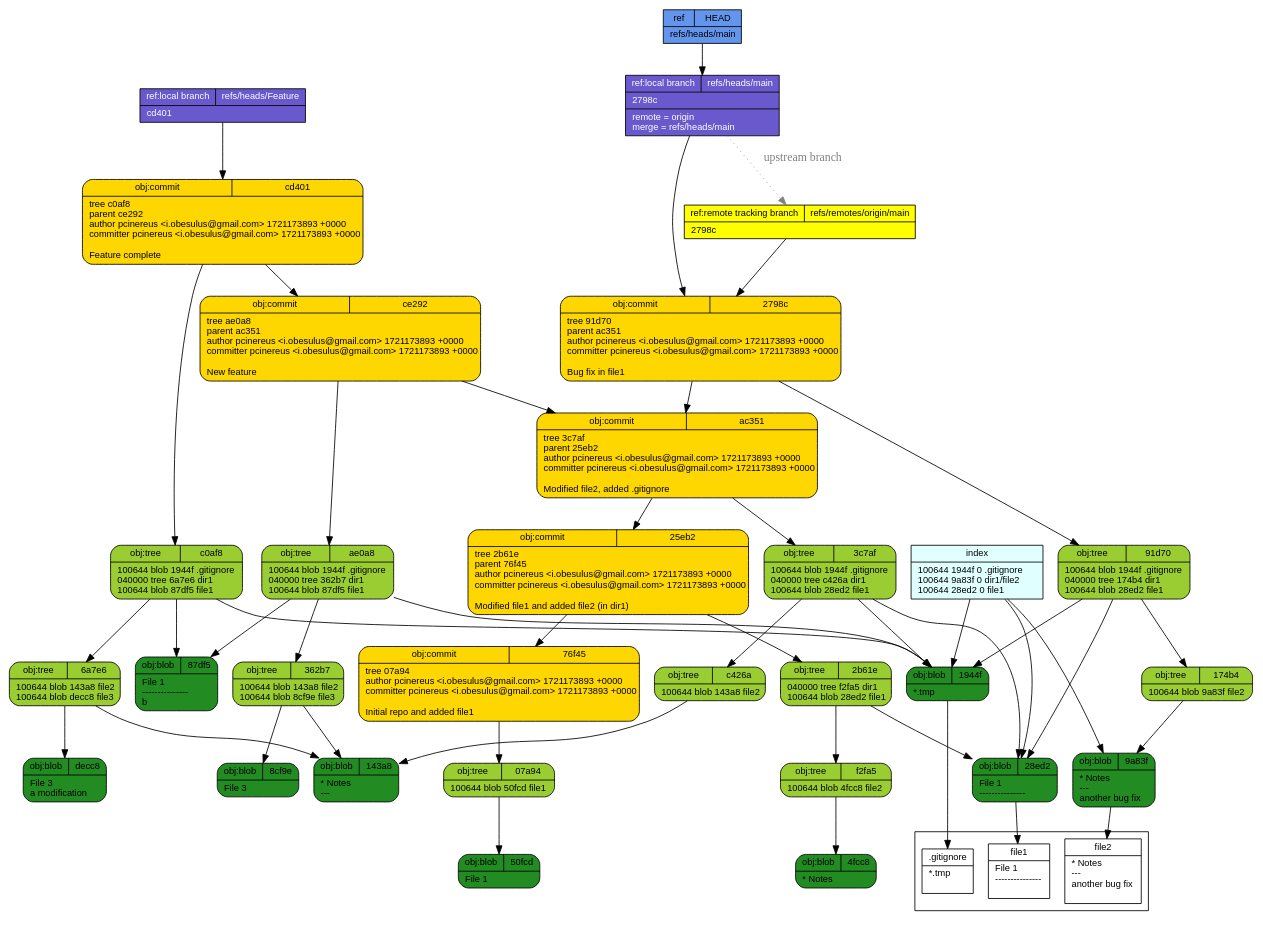
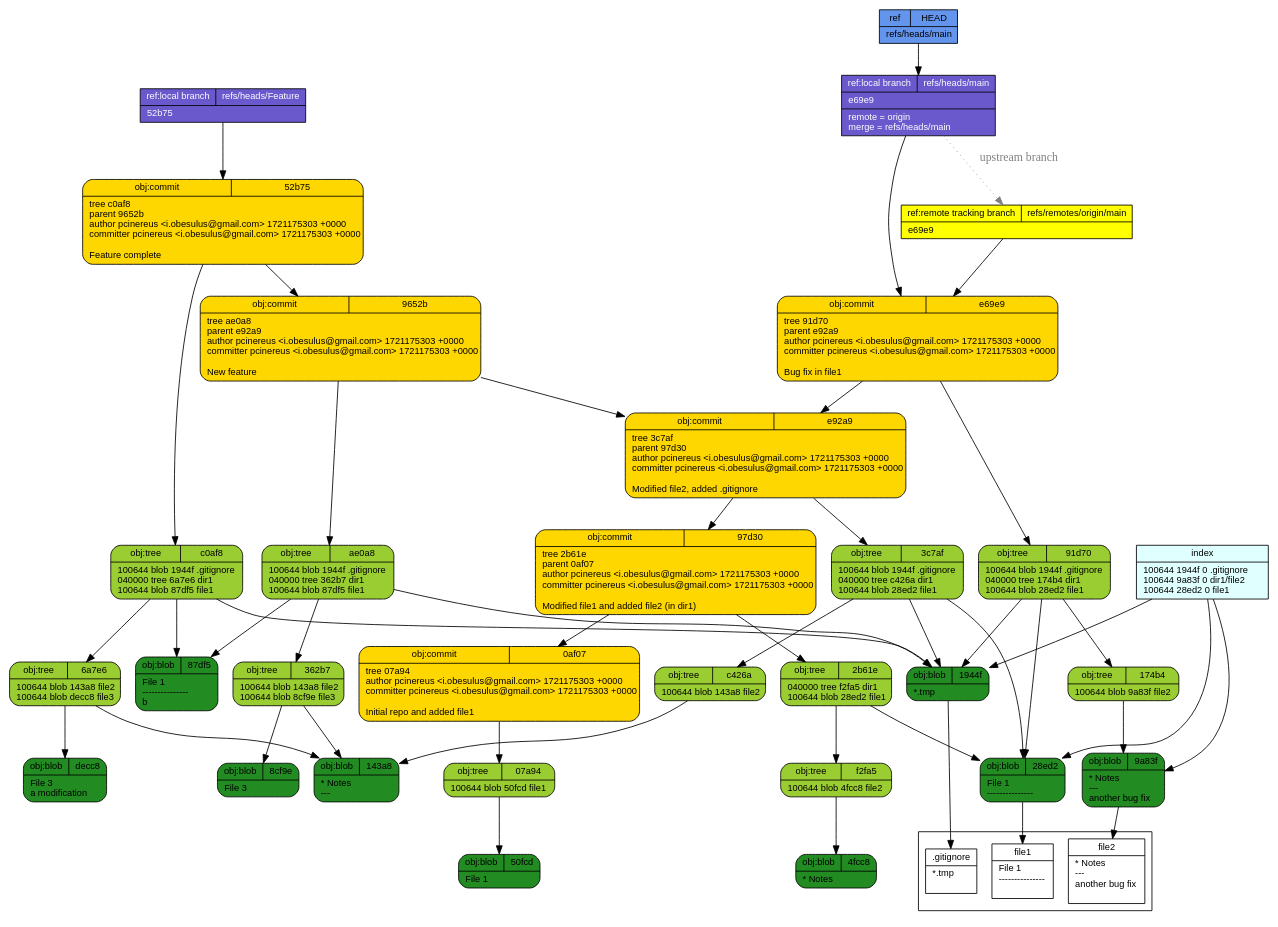
The diagram in tut/git-draw.dot (pcinereus/SUYRs_documents), drawn with Graphviz before and after one commit. The commit also changed 642 other files, not shown here.

```diff
--- a/tut/git-draw.dot
+++ b/tut/git-draw.dot
@@ -1,57 +1,57 @@
 digraph structs {
   node [shape=record,fontsize=11,fontname="arial"];
   rankdir="TB";
   _f2fa5 [fillcolor="yellowgreen", style="filled,rounded", label="{{obj:tree|f2fa5}|100644\ blob\ 4fcc8\	file2\l}"]  _f2fa5 -> _4fcc8
+  _9652b [fillcolor="gold", style="filled,rounded", label="{{obj:commit|9652b}|tree\ ae0a8\lparent\ e92a9\lauthor\ pcinereus\ \<i\.obesulus\@gmail\.com\>\ 1721175303\ \+0000\lcommitter\ pcinereus\ \<i\.obesulus\@gmail\.com\>\ 1721175303\ \+0000\l\lNew\ feature\l}"]  _9652b -> _ae0a8
+  _9652b -> _e92a9
+  _0af07 [fillcolor="gold", style="filled,rounded", label="{{obj:commit|0af07}|tree\ 07a94\lauthor\ pcinereus\ \<i\.obesulus\@gmail\.com\>\ 1721175303\ \+0000\lcommitter\ pcinereus\ \<i\.obesulus\@gmail\.com\>\ 1721175303\ \+0000\l\lInitial\ repo\ and\ added\ file1\l}"]  _0af07 -> _07a94
   _07a94 [fillcolor="yellowgreen", style="filled,rounded", label="{{obj:tree|07a94}|100644\ blob\ 50fcd\	file1\l}"]  _07a94 -> _50fcd
   _143a8 [fillcolor="forestgreen", style="filled,rounded", label="{{obj:blob|143a8}|\*\ Notes\l\-\-\-\l}"]  _c0af8 [fillcolor="yellowgreen", style="filled,rounded", label="{{obj:tree|c0af8}|100644\ blob\ 1944f\	\.gitignore\l040000\ tree\ 6a7e6\	dir1\l100644\ blob\ 87df5\	file1\l}"]  _c0af8 -> _1944f
   _c0af8 -> _6a7e6
   _c0af8 -> _87df5
-  _4fcc8 [fillcolor="forestgreen", style="filled,rounded", label="{{obj:blob|4fcc8}|\*\ Notes\l}"]  _c426a [fillcolor="yellowgreen", style="filled,rounded", label="{{obj:tree|c426a}|100644\ blob\ 143a8\	file2\l}"]  _c426a -> _143a8
-  _1944f [fillcolor="forestgreen", style="filled,rounded", label="{{obj:blob|1944f}|\*\.tmp\l}"]  _50fcd [fillcolor="forestgreen", style="filled,rounded", label="{{obj:blob|50fcd}|File\ 1\l}"]  _cd401 [fillcolor="gold", style="filled,rounded", label="{{obj:commit|cd401}|tree\ c0af8\lparent\ ce292\lauthor\ pcinereus\ \<i\.obesulus\@gmail\.com\>\ 1721173893\ \+0000\lcommitter\ pcinereus\ \<i\.obesulus\@gmail\.com\>\ 1721173893\ \+0000\l\lFeature\ complete\l}"]  _cd401 -> _c0af8
-  _cd401 -> _ce292
-  _8cf9e [fillcolor="forestgreen", style="filled,rounded", label="{{obj:blob|8cf9e}|File\ 3\l}"]  _76f45 [fillcolor="gold", style="filled,rounded", label="{{obj:commit|76f45}|tree\ 07a94\lauthor\ pcinereus\ \<i\.obesulus\@gmail\.com\>\ 1721173893\ \+0000\lcommitter\ pcinereus\ \<i\.obesulus\@gmail\.com\>\ 1721173893\ \+0000\l\lInitial\ repo\ and\ added\ file1\l}"]  _76f45 -> _07a94
-  _ce292 [fillcolor="gold", style="filled,rounded", label="{{obj:commit|ce292}|tree\ ae0a8\lparent\ ac351\lauthor\ pcinereus\ \<i\.obesulus\@gmail\.com\>\ 1721173893\ \+0000\lcommitter\ pcinereus\ \<i\.obesulus\@gmail\.com\>\ 1721173893\ \+0000\l\lNew\ feature\l}"]  _ce292 -> _ae0a8
-  _ce292 -> _ac351
-  _91d70 [fillcolor="yellowgreen", style="filled,rounded", label="{{obj:tree|91d70}|100644\ blob\ 1944f\	\.gitignore\l040000\ tree\ 174b4\	dir1\l100644\ blob\ 28ed2\	file1\l}"]  _91d70 -> _1944f
+  _4fcc8 [fillcolor="forestgreen", style="filled,rounded", label="{{obj:blob|4fcc8}|\*\ Notes\l}"]  _e69e9 [fillcolor="gold", style="filled,rounded", label="{{obj:commit|e69e9}|tree\ 91d70\lparent\ e92a9\lauthor\ pcinereus\ \<i\.obesulus\@gmail\.com\>\ 1721175303\ \+0000\lcommitter\ pcinereus\ \<i\.obesulus\@gmail\.com\>\ 1721175303\ \+0000\l\lBug\ fix\ in\ file1\l}"]  _e69e9 -> _91d70
+  _e69e9 -> _e92a9
+  _97d30 [fillcolor="gold", style="filled,rounded", label="{{obj:commit|97d30}|tree\ 2b61e\lparent\ 0af07\lauthor\ pcinereus\ \<i\.obesulus\@gmail\.com\>\ 1721175303\ \+0000\lcommitter\ pcinereus\ \<i\.obesulus\@gmail\.com\>\ 1721175303\ \+0000\l\lModified\ file1\ and\ added\ file2\ \(in\ dir1\)\l}"]  _97d30 -> _2b61e
+  _97d30 -> _0af07
+  _c426a [fillcolor="yellowgreen", style="filled,rounded", label="{{obj:tree|c426a}|100644\ blob\ 143a8\	file2\l}"]  _c426a -> _143a8
+  _1944f [fillcolor="forestgreen", style="filled,rounded", label="{{obj:blob|1944f}|\*\.tmp\l}"]  _50fcd [fillcolor="forestgreen", style="filled,rounded", label="{{obj:blob|50fcd}|File\ 1\l}"]  _8cf9e [fillcolor="forestgreen", style="filled,rounded", label="{{obj:blob|8cf9e}|File\ 3\l}"]  _91d70 [fillcolor="yellowgreen", style="filled,rounded", label="{{obj:tree|91d70}|100644\ blob\ 1944f\	\.gitignore\l040000\ tree\ 174b4\	dir1\l100644\ blob\ 28ed2\	file1\l}"]  _91d70 -> _1944f
   _91d70 -> _174b4
   _91d70 -> _28ed2
-  _2798c [fillcolor="gold", style="filled,rounded", label="{{obj:commit|2798c}|tree\ 91d70\lparent\ ac351\lauthor\ pcinereus\ \<i\.obesulus\@gmail\.com\>\ 1721173893\ \+0000\lcommitter\ pcinereus\ \<i\.obesulus\@gmail\.com\>\ 1721173893\ \+0000\l\lBug\ fix\ in\ file1\l}"]  _2798c -> _91d70
-  _2798c -> _ac351
-  _ac351 [fillcolor="gold", style="filled,rounded", label="{{obj:commit|ac351}|tree\ 3c7af\lparent\ 25eb2\lauthor\ pcinereus\ \<i\.obesulus\@gmail\.com\>\ 1721173893\ \+0000\lcommitter\ pcinereus\ \<i\.obesulus\@gmail\.com\>\ 1721173893\ \+0000\l\lModified\ file2\,\ added\ \.gitignore\l}"]  _ac351 -> _3c7af
-  _ac351 -> _25eb2
-  _25eb2 [fillcolor="gold", style="filled,rounded", label="{{obj:commit|25eb2}|tree\ 2b61e\lparent\ 76f45\lauthor\ pcinereus\ \<i\.obesulus\@gmail\.com\>\ 1721173893\ \+0000\lcommitter\ pcinereus\ \<i\.obesulus\@gmail\.com\>\ 1721173893\ \+0000\l\lModified\ file1\ and\ added\ file2\ \(in\ dir1\)\l}"]  _25eb2 -> _2b61e
-  _25eb2 -> _76f45
   _9a83f [fillcolor="forestgreen", style="filled,rounded", label="{{obj:blob|9a83f}|\*\ Notes\l\-\-\-\l\ another\ bug\ fix\l}"]  _ae0a8 [fillcolor="yellowgreen", style="filled,rounded", label="{{obj:tree|ae0a8}|100644\ blob\ 1944f\	\.gitignore\l040000\ tree\ 362b7\	dir1\l100644\ blob\ 87df5\	file1\l}"]  _ae0a8 -> _1944f
   _ae0a8 -> _362b7
   _ae0a8 -> _87df5
+  _e92a9 [fillcolor="gold", style="filled,rounded", label="{{obj:commit|e92a9}|tree\ 3c7af\lparent\ 97d30\lauthor\ pcinereus\ \<i\.obesulus\@gmail\.com\>\ 1721175303\ \+0000\lcommitter\ pcinereus\ \<i\.obesulus\@gmail\.com\>\ 1721175303\ \+0000\l\lModified\ file2\,\ added\ \.gitignore\l}"]  _e92a9 -> _3c7af
+  _e92a9 -> _97d30
   _2b61e [fillcolor="yellowgreen", style="filled,rounded", label="{{obj:tree|2b61e}|040000\ tree\ f2fa5\	dir1\l100644\ blob\ 28ed2\	file1\l}"]  _2b61e -> _f2fa5
   _2b61e -> _28ed2
   _87df5 [fillcolor="forestgreen", style="filled,rounded", label="{{obj:blob|87df5}|File\ 1\l\-\-\-\-\-\-\-\-\-\-\-\-\-\-\-\lb\l}"]  _362b7 [fillcolor="yellowgreen", style="filled,rounded", label="{{obj:tree|362b7}|100644\ blob\ 143a8\	file2\l100644\ blob\ 8cf9e\	file3\l}"]  _362b7 -> _143a8
   _362b7 -> _8cf9e
   _3c7af [fillcolor="yellowgreen", style="filled,rounded", label="{{obj:tree|3c7af}|100644\ blob\ 1944f\	\.gitignore\l040000\ tree\ c426a\	dir1\l100644\ blob\ 28ed2\	file1\l}"]  _3c7af -> _1944f
   _3c7af -> _c426a
   _3c7af -> _28ed2
   _28ed2 [fillcolor="forestgreen", style="filled,rounded", label="{{obj:blob|28ed2}|File\ 1\l\-\-\-\-\-\-\-\-\-\-\-\-\-\-\-\l}"]  _6a7e6 [fillcolor="yellowgreen", style="filled,rounded", label="{{obj:tree|6a7e6}|100644\ blob\ 143a8\	file2\l100644\ blob\ decc8\	file3\l}"]  _6a7e6 -> _143a8
   _6a7e6 -> _decc8
   _174b4 [fillcolor="yellowgreen", style="filled,rounded", label="{{obj:tree|174b4}|100644\ blob\ 9a83f\	file2\l}"]  _174b4 -> _9a83f
-  _decc8 [fillcolor="forestgreen", style="filled,rounded", label="{{obj:blob|decc8}|File\ 3\l\ a\ modification\l}"]  _refs___heads___Feature [style=filled, fillcolor=slateblue3, fontcolor = white,  label="{{ref:local branch|refs\/heads\/Feature}|cd401\l}"]
-  _refs___heads___Feature -> _cd401
+  _decc8 [fillcolor="forestgreen", style="filled,rounded", label="{{obj:blob|decc8}|File\ 3\l\ a\ modification\l}"]  _52b75 [fillcolor="gold", style="filled,rounded", label="{{obj:commit|52b75}|tree\ c0af8\lparent\ 9652b\lauthor\ pcinereus\ \<i\.obesulus\@gmail\.com\>\ 1721175303\ \+0000\lcommitter\ pcinereus\ \<i\.obesulus\@gmail\.com\>\ 1721175303\ \+0000\l\lFeature\ complete\l}"]  _52b75 -> _c0af8
+  _52b75 -> _9652b
+  _refs___heads___Feature [style=filled, fillcolor=slateblue3, fontcolor = white,  label="{{ref:local branch|refs\/heads\/Feature}|52b75\l}"]
+  _refs___heads___Feature -> _52b75
   _refs___heads___main -> _refs___remotes___origin___main [style=dotted, color=gray, fontcolor=gray, label="upstream branch"]
-  _refs___heads___main [style=filled, fillcolor=slateblue3, fontcolor = white,  label="{{ref:local branch|refs\/heads\/main}|2798c\l|remote\ \=\ origin\lmerge\ \=\ refs\/heads\/main\l}"]
-  _refs___heads___main -> _2798c
-  _refs___remotes___origin___main [style=filled, fillcolor=yellow, fontcolor = black,  label="{{ref:remote tracking branch|refs\/remotes\/origin\/main}|2798c\l}"]
-  _refs___remotes___origin___main -> _2798c
+  _refs___heads___main [style=filled, fillcolor=slateblue3, fontcolor = white,  label="{{ref:local branch|refs\/heads\/main}|e69e9\l|remote\ \=\ origin\lmerge\ \=\ refs\/heads\/main\l}"]
+  _refs___heads___main -> _e69e9
+  _refs___remotes___origin___main [style=filled, fillcolor=yellow, fontcolor = black,  label="{{ref:remote tracking branch|refs\/remotes\/origin\/main}|e69e9\l}"]
+  _refs___remotes___origin___main -> _e69e9
   _HEAD [style=filled, fillcolor=cornflowerblue, fontcolor=black,  label="{{ref|HEAD}|refs\/heads\/main\l}"]
   _HEAD -> _refs___heads___main
   index -> _1944f
   index -> _9a83f
   index -> _28ed2
   index [style=filled, fillcolor=lightcyan, label="{{index}|100644\ 1944f\ 0\	\.gitignore\l100644\ 9a83f\ 0\	dir1\/file2\l100644\ 28ed2\ 0\	file1\l}"]
 subgraph cluster_1 {rank=sink  _gitignore [fillcolor="white", label="{{.gitignore}|*.tmp\l\l}"] 
   _file2 [fillcolor="white", label="{{file2}|* Notes\l---\l another bug fix\l\l}"] 
   _file1 [fillcolor="white", label="{{file1}|File 1\l---------------\l\l}"] 
 }
  _1944f -> _gitignore
  _9a83f -> _file2
  _28ed2 -> _file1
 }
```
